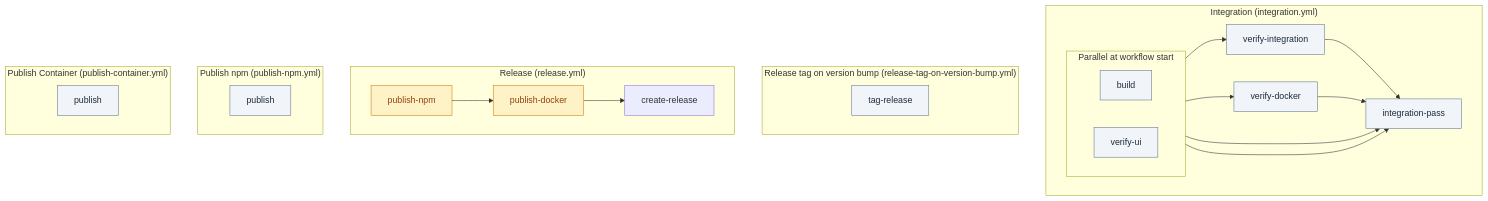
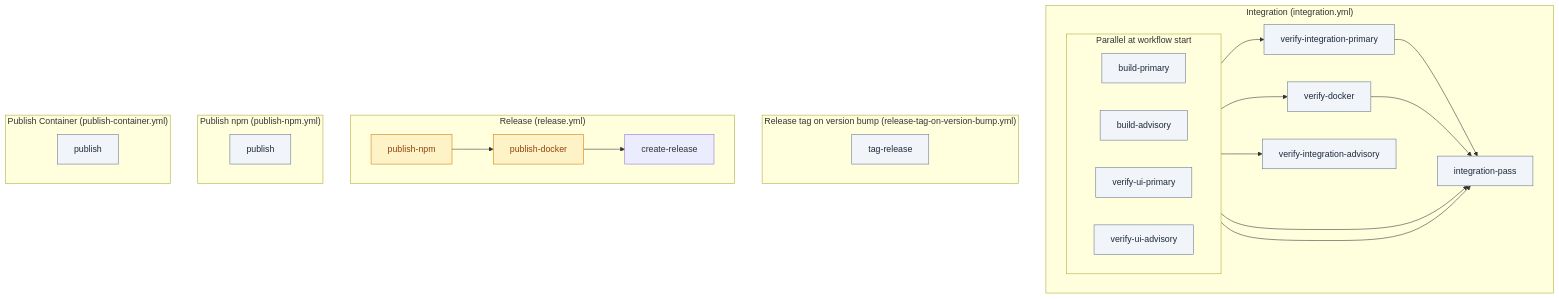
The second of 3 diagrams in .github/workflows/README.md (debian777/kairos-mcp), drawn with Mermaid before and after one commit. The commit also changed other lines of this file and 25 other files, not shown here.

````diff
--- a/.github/workflows/README.md
+++ b/.github/workflows/README.md
@@ -73,43 +73,47 @@
 ```mermaid
 flowchart TB
   subgraph INT_WF["Integration (integration.yml)"]
-    subgraph parallel_with_build [Parallel at workflow start]
+    subgraph parallel_start [Parallel at workflow start]
       direction LR
-      J_BLD[build]
-      J_UI[verify-ui]
+      J_BLD_P[build-primary]
+      J_BLD_A[build-advisory]
+      J_UI_P[verify-ui-primary]
+      J_UI_A[verify-ui-advisory]
     end
-    J_INT[verify-integration]
+    J_INT_P[verify-integration-primary]
+    J_INT_A[verify-integration-advisory]
     J_DKR[verify-docker]
     J_PASS[integration-pass]
-    J_BLD --> J_INT
-    J_BLD --> J_DKR
-    J_BLD --> J_PASS
-    J_UI --> J_PASS
-    J_INT --> J_PASS
+    J_BLD_P --> J_INT_P
+    J_BLD_P --> J_DKR
+    J_BLD_A --> J_INT_A
+    J_BLD_P --> J_PASS
+    J_UI_P --> J_PASS
+    J_INT_P --> J_PASS
     J_DKR --> J_PASS
   end
 
   subgraph RTAG_WF["Release tag on version bump (release-tag-on-version-bump.yml)"]
     J_TAG[tag-release]
   end
 
   subgraph REL_WF["Release (release.yml)"]
     J_NPM[publish-npm]
     J_DOCKER[publish-docker]
     J_REL[create-release]
     J_NPM --> J_DOCKER --> J_REL
   end
 
   subgraph PNPM_WF["Publish npm (publish-npm.yml)"]
     J_PNPM[publish]
   end
 
   subgraph PCONT_WF["Publish Container (publish-container.yml)"]
     J_PCONT[publish]
   end
 
   classDef jobDefault fill:#f1f5f9,stroke:#64748b,color:#1e293b
   classDef jobNeeds fill:#fef3c7,stroke:#d97706,color:#92400e
-  class J_BLD,J_UI,J_INT,J_DKR,J_PASS,J_TAG,J_PNPM,J_PCONT jobDefault
+  class J_BLD_P,J_BLD_A,J_UI_P,J_UI_A,J_INT_P,J_INT_A,J_DKR,J_PASS,J_TAG,J_PNPM,J_PCONT jobDefault
   class J_NPM,J_DOCKER jobNeeds
 ```
````
